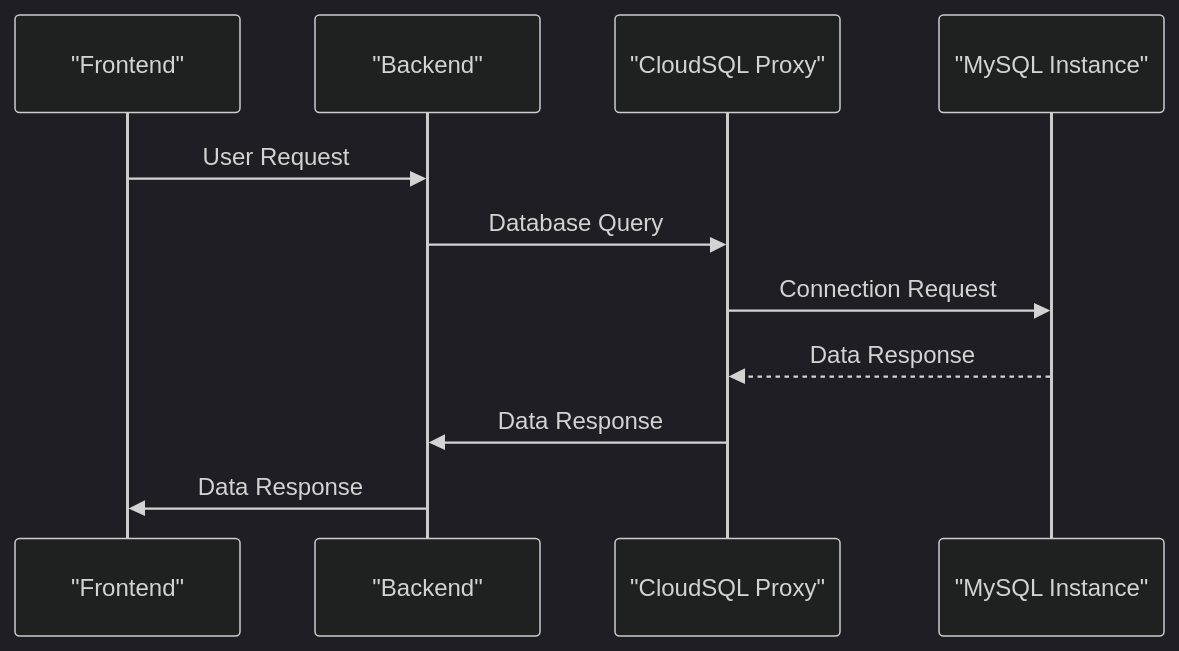
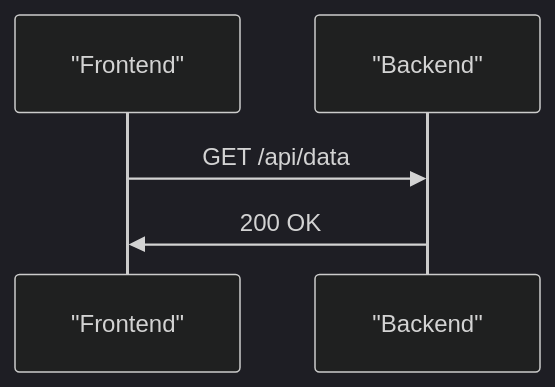
One commit to Hacka25/webapp changed the second of 4 diagrams in README.md. Above: the diagram before and after it, drawn with Mermaid (dark theme). The commit also changed other lines of this file, not shown here.

Commit message:
[skip-autodocs] Update README and architecture diagram

````diff
--- a/README.md
+++ b/README.md
@@ -31,14 +20,7 @@
 ```mermaid
 sequenceDiagram
     participant Frontend as "Frontend"
     participant Backend as "Backend"
-    participant CloudSQLProxy as "CloudSQL Proxy"
-    participant MySQLInstance as "MySQL Instance"
-
-    Frontend->>Backend: User Request
-    Backend->>CloudSQLProxy: Database Query
-    CloudSQLProxy->>MySQLInstance: Connection Request
-    MySQLInstance-->>CloudSQLProxy: Data Response
-    CloudSQLProxy->>Backend: Data Response
-    Backend->>Frontend: Data Response
+    Frontend->>Backend: GET /api/data
+    Backend->>Frontend: 200 OK
 ```
````
